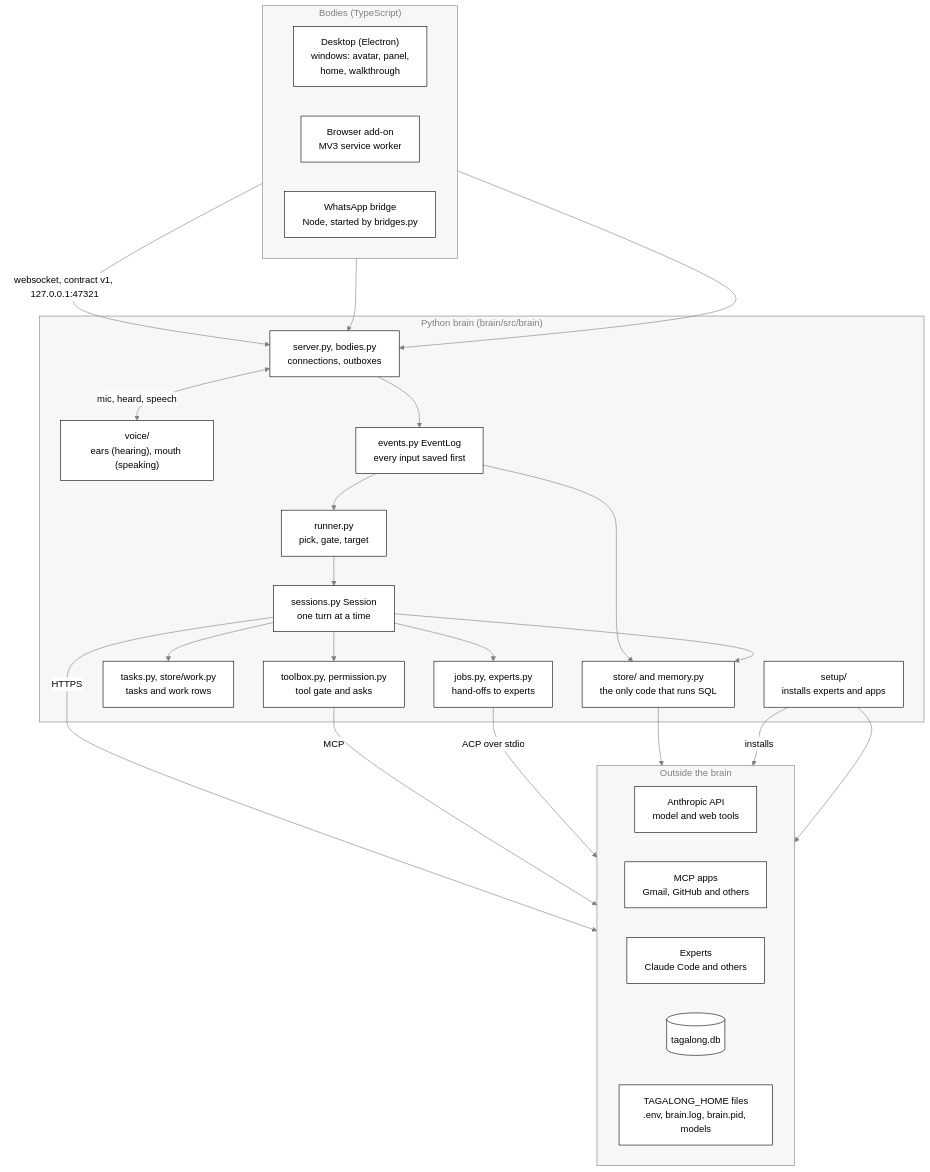
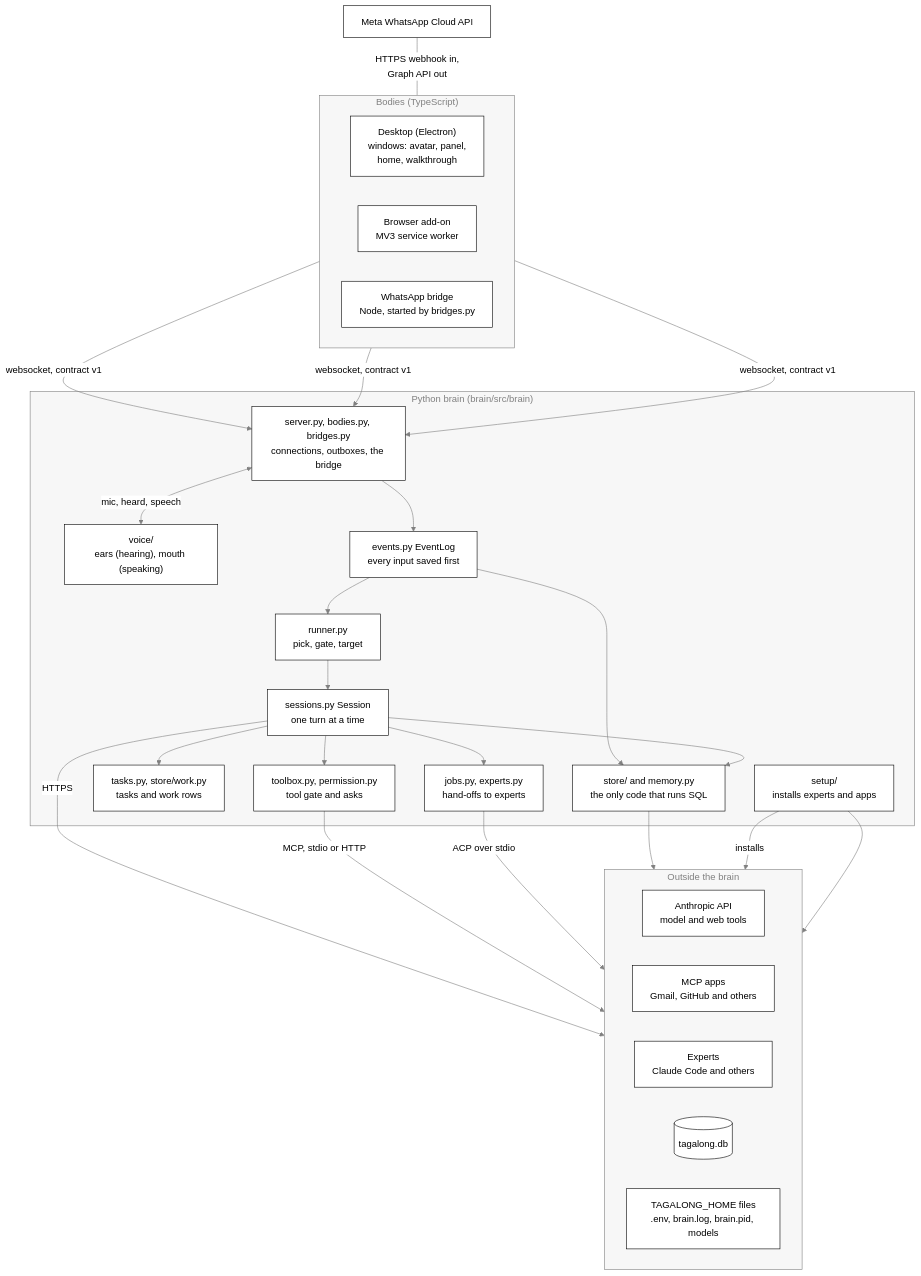
Before and after one commit to nadeem4/tagalong: the first of 4 diagrams in docs/architecture.md, drawn with Mermaid. The commit also changed other lines of this file and 4 other files, not shown here.

````diff
--- a/docs/architecture.md
+++ b/docs/architecture.md
@@ -23,48 +23,49 @@
 ```mermaid
 %%{init: {"theme": "base", "themeVariables": {"primaryColor": "#ffffff", "primaryTextColor": "#000000", "primaryBorderColor": "#000000", "lineColor": "#808080", "arrowheadColor": "#808080", "secondaryColor": "#f2f2f2", "tertiaryColor": "#ffffff", "clusterBkg": "#f7f7f7", "clusterBorder": "#808080", "edgeLabelBackground": "#ffffff", "titleColor": "#808080", "actorBkg": "#ffffff", "actorBorder": "#000000", "actorTextColor": "#000000", "actorLineColor": "#808080", "signalColor": "#808080", "signalTextColor": "#808080", "sequenceNumberColor": "#ffffff", "labelBoxBkgColor": "#ffffff", "labelBoxBorderColor": "#808080", "labelTextColor": "#000000", "loopTextColor": "#808080", "noteBkgColor": "#f7f7f7", "noteBorderColor": "#808080", "noteTextColor": "#000000", "activationBkgColor": "#f7f7f7", "activationBorderColor": "#808080", "fontFamily": "Segoe UI, Helvetica, Arial, sans-serif"}, "themeCSS": ".relationshipLabelBox{opacity:1} .relationshipLabelBox rect{opacity:1}"}}%%
 flowchart TB
   subgraph Bodies["Bodies (TypeScript)"]
     direction LR
     DESK["Desktop (Electron)<br/>windows: avatar, panel,<br/>home, walkthrough"]
     BRW["Browser add-on<br/>MV3 service worker"]
     WA["WhatsApp bridge<br/>Node, started by bridges.py"]
   end
   subgraph Brain["Python brain (brain/src/brain)"]
-    SRV["server.py, bodies.py<br/>connections, outboxes"]
+    SRV["server.py, bodies.py, bridges.py<br/>connections, outboxes, the bridge"]
     VOX["voice/<br/>ears (hearing), mouth (speaking)"]
     EV["events.py EventLog<br/>every input saved first"]
     RUN["runner.py<br/>pick, gate, target"]
     SES["sessions.py Session<br/>one turn at a time"]
     TB["toolbox.py, permission.py<br/>tool gate and asks"]
     TASK["tasks.py, store/work.py<br/>tasks and work rows"]
     JOB["jobs.py, experts.py<br/>hand-offs to experts"]
     STORE["store/ and memory.py<br/>the only code that runs SQL"]
     SETUP["setup/<br/>installs experts and apps"]
   end
   subgraph Outside["Outside the brain"]
     direction LR
     API["Anthropic API<br/>model and web tools"]
     MCP["MCP apps<br/>Gmail, GitHub and others"]
     EXP["Experts<br/>Claude Code and others"]
     DB[("tagalong.db")]
     FILES["TAGALONG_HOME files<br/>.env, brain.log, brain.pid, models"]
   end
-  DESK -- "websocket, contract v1, 127.0.0.1:47321" --> SRV
-  BRW --> SRV
-  WA --> SRV
+  META["Meta WhatsApp Cloud API"] -- "HTTPS webhook in,<br/>Graph API out" --- WA
+  DESK -- "websocket, contract v1" --> SRV
+  BRW -- "websocket, contract v1" --> SRV
+  WA -- "websocket, contract v1" --> SRV
   SRV <--> |"mic, heard, speech"| VOX
   SRV --> EV
   EV --> RUN
   RUN --> SES
   SES --> TB
   SES --> TASK
   SES --> JOB
   EV --> STORE
   SES --> STORE
   SES -- "HTTPS" --> API
-  TB -- "MCP" --> MCP
+  TB -- "MCP, stdio or HTTP" --> MCP
   JOB -- "ACP over stdio" --> EXP
   STORE --> DB
   SETUP -- "installs" --> EXP
   SETUP --> FILES
 ```
````
